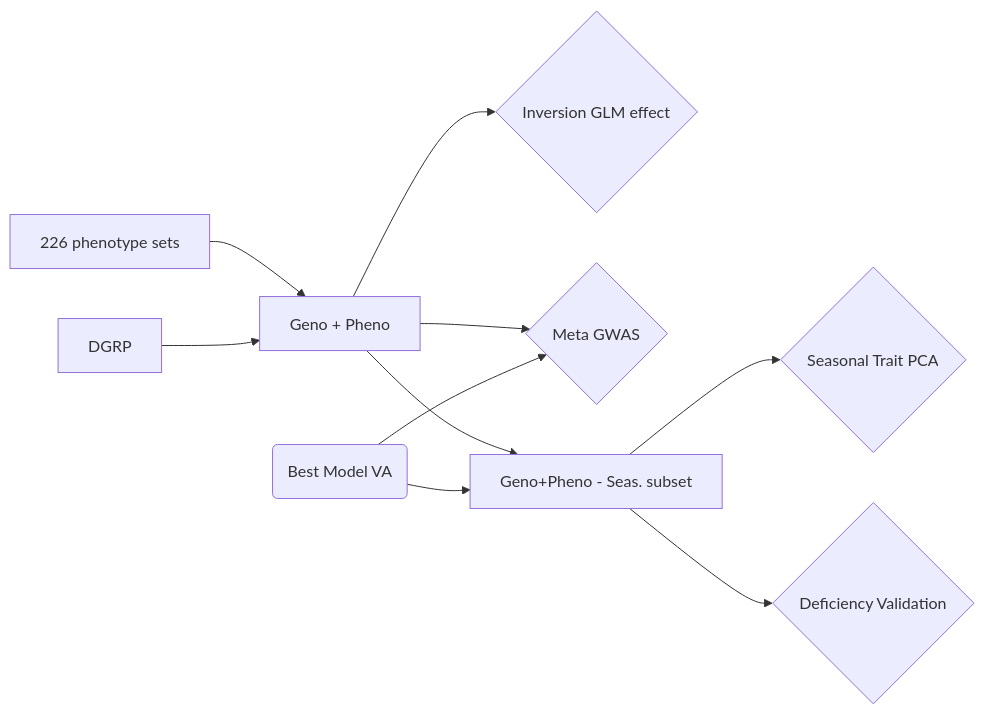
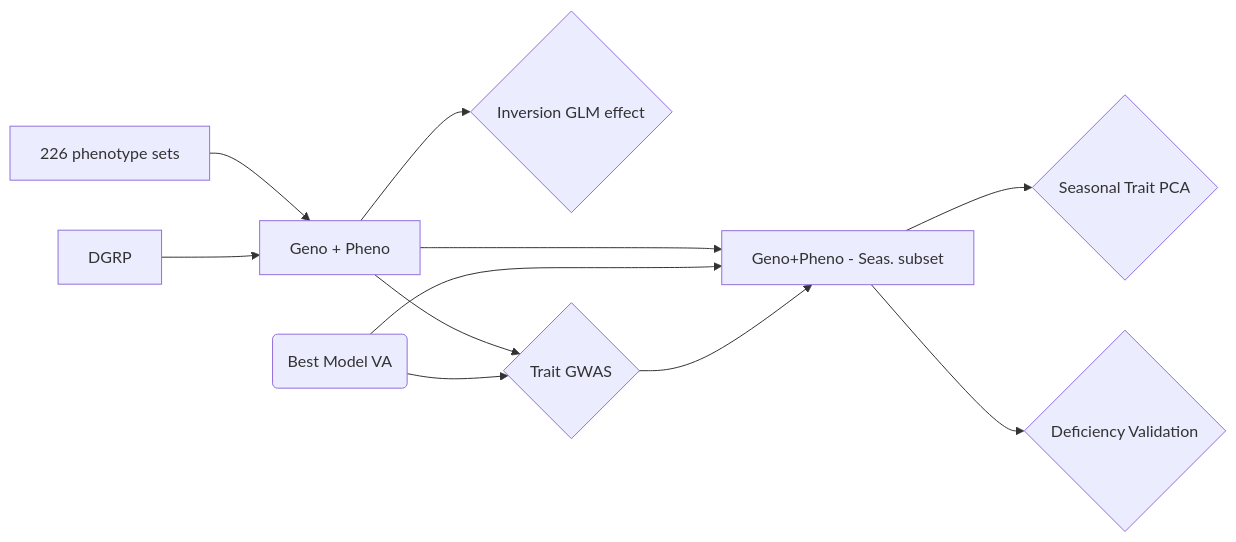
One commit to Jcbnunez/Cville-Seasonality-2016-2019 changed the third of 3 diagrams in README.md. Above: the diagram before and after it, drawn with Mermaid. The commit also changed 8 other files, not shown here.

````diff
--- a/README.md
+++ b/README.md
@@ -73,22 +73,23 @@
 ```mermaid
 graph LR
 1[226 phenotype sets]
 2[DGRP]
 3[Geno + Pheno]
 4{Inversion GLM effect}
 5(Best Model VA)
-6{Meta GWAS}
+6{Trait GWAS}
 7{Seasonal Trait PCA}
 8[Geno+Pheno - Seas. subset]
 9{Deficiency Validation}
 
 3 --> 6
 5 --> 6
 1 --> 3
 2 --> 3
 3 --> 4
 3 --> 8
 8 --> 7
 5 --> 8
 8 --> 9
+6 --> 8
 ```
````
